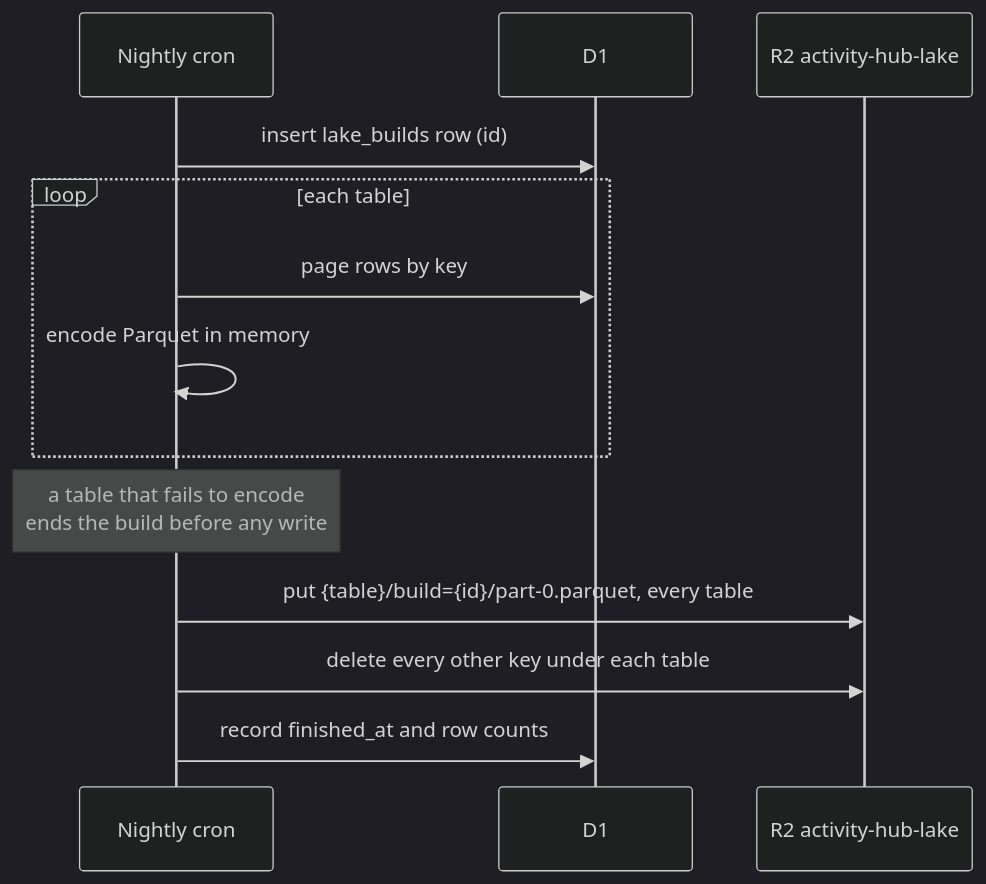
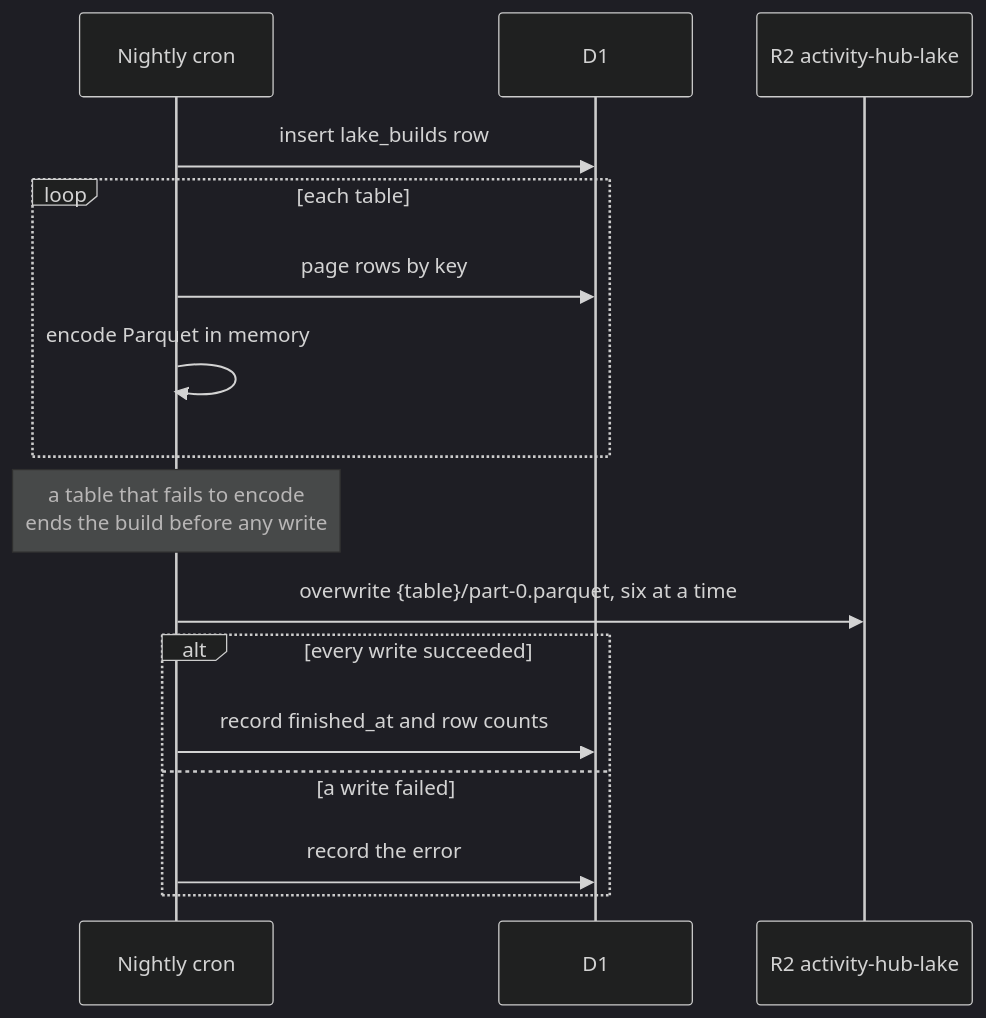
One commit to bendrucker/logbook changed the second of 2 diagrams in README.md. Above: the diagram before and after it, drawn with Mermaid (dark theme). The commit also changed other lines of this file and 4 other files, not shown here.

First line of the commit message:
Return the Lake to One Key per Table

````diff
--- a/README.md
+++ b/README.md
@@ -197,16 +160,19 @@
 ```mermaid
 sequenceDiagram
     participant Cron as Nightly cron
     participant D1
     participant Lake as R2 activity-hub-lake
 
-    Cron->>D1: insert lake_builds row (id)
+    Cron->>D1: insert lake_builds row
     loop each table
         Cron->>D1: page rows by key
         Cron->>Cron: encode Parquet in memory
     end
     Note over Cron: a table that fails to encode<br/>ends the build before any write
-    Cron->>Lake: put {table}/build={id}/part-0.parquet, every table
-    Cron->>Lake: delete every other key under each table
-    Cron->>D1: record finished_at and row counts
+    Cron->>Lake: overwrite {table}/part-0.parquet, six at a time
+    alt every write succeeded
+        Cron->>D1: record finished_at and row counts
+    else a write failed
+        Cron->>D1: record the error
+    end
 ```
````
